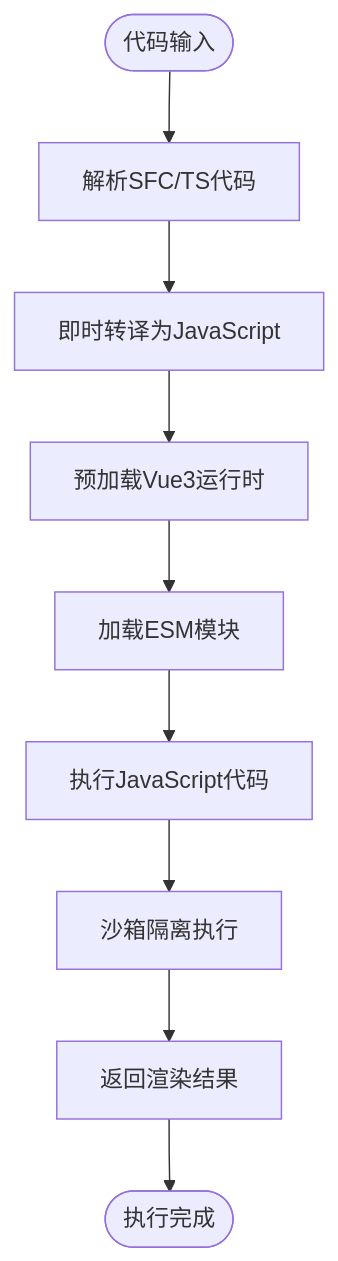
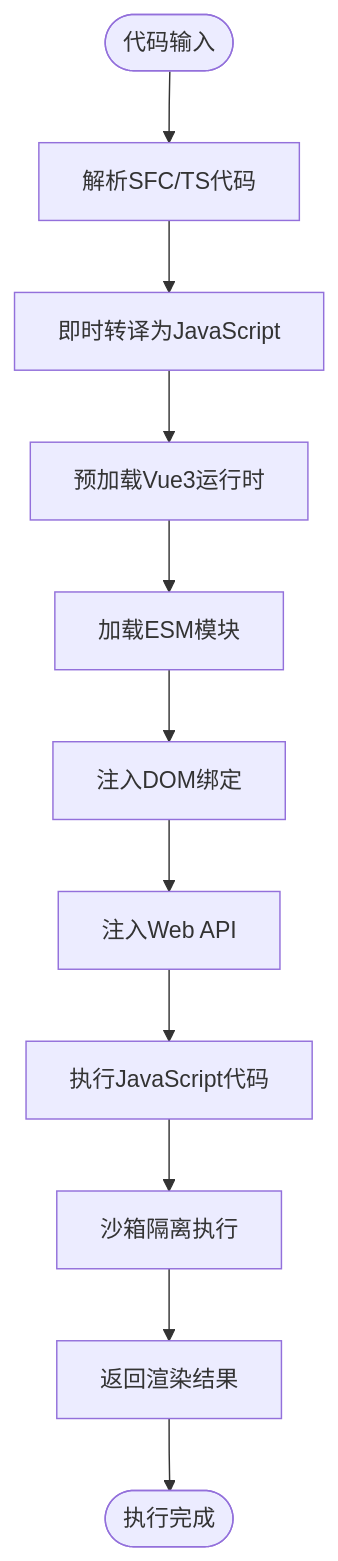
One commit to itszzl-sudo/iris changed the third of 14 diagrams in .qoder/repowiki/zh/content/技术架构详解/JS沙箱运行时.md. Above: the diagram before and after it, drawn with Mermaid. The commit also changed other lines of this file and 10 other files, not shown here.

````diff
--- a/.qoder/repowiki/zh/content/技术架构详解/JS沙箱运行时.md
+++ b/.qoder/repowiki/zh/content/技术架构详解/JS沙箱运行时.md
@@ -163,11 +215,13 @@
 ```mermaid
 flowchart TD
 Start([代码输入]) --> Parse["解析SFC/TS代码"]
 Parse --> Transpile["即时转译为JavaScript"]
 Transpile --> Preload["预加载Vue3运行时"]
 Preload --> LoadModules["加载ESM模块"]
-LoadModules --> Execute["执行JavaScript代码"]
+LoadModules --> InjectDOM["注入DOM绑定"]
+InjectDOM --> InjectWebAPI["注入Web API"]
+InjectWebAPI --> Execute["执行JavaScript代码"]
 Execute --> Isolate["沙箱隔离执行"]
 Isolate --> Render["返回渲染结果"]
 Render --> End([执行完成])
 ```
````
